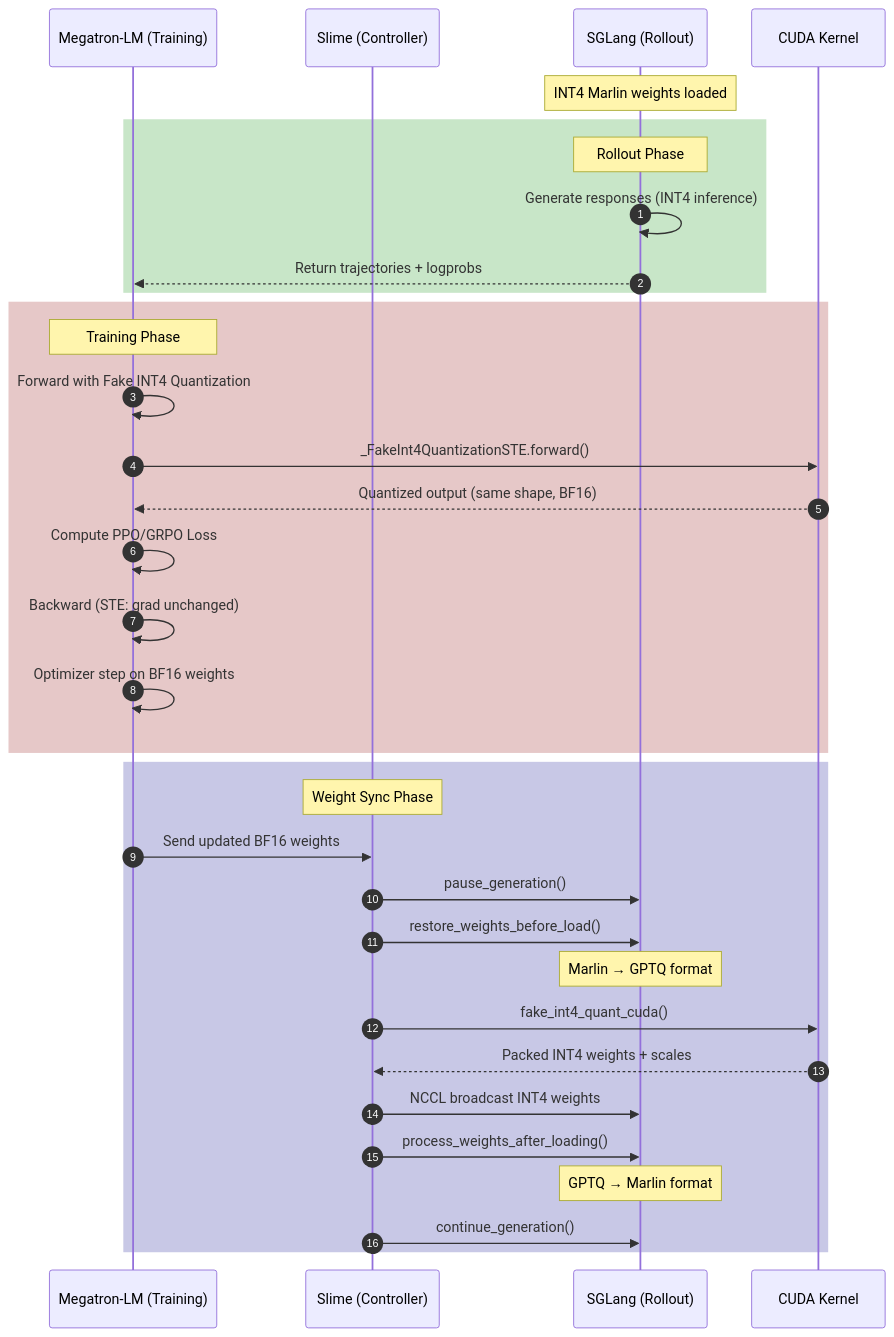
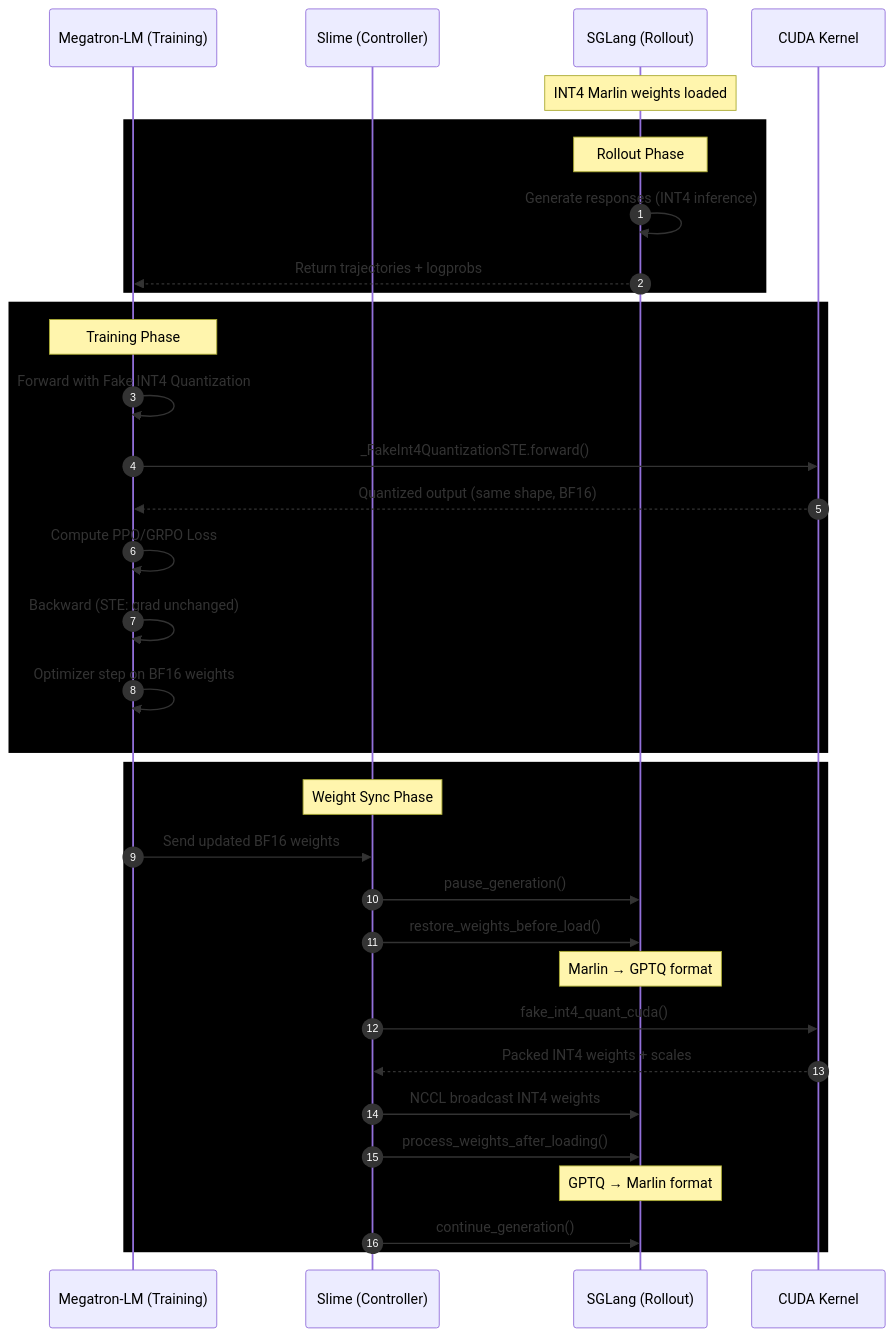
One commit to Felix-Zhenghao/awesome-ml-sys-tutorial changed the first of 2 diagrams in int4-qat.md. Above: the diagram before and after it, drawn with Mermaid.

Commit message:
Change rectangle colors to black in int4-qat.md

````diff
--- a/int4-qat.md
+++ b/int4-qat.md
@@ -110,40 +110,40 @@
 ```mermaid
 sequenceDiagram
     autonumber
     participant Train as Megatron-LM (Training)
     participant Slime as Slime (Controller)
     participant SGLang as SGLang (Rollout)
     participant CUDA as CUDA Kernel
 
     Note over SGLang: INT4 Marlin weights loaded
 
-    rect rgb(200, 230, 200)
+    rect rgb(0, 0, 0)
         Note over SGLang: Rollout Phase
         SGLang->>SGLang: Generate responses (INT4 inference)
         SGLang-->>Train: Return trajectories + logprobs
     end
 
-    rect rgb(230, 200, 200)
+    rect rgb(0, 0, 0)
         Note over Train: Training Phase
         Train->>Train: Forward with Fake INT4 Quantization
         Train->>CUDA: _FakeInt4QuantizationSTE.forward()
         CUDA-->>Train: Quantized output (same shape, BF16)
         Train->>Train: Compute PPO/GRPO Loss
         Train->>Train: Backward (STE: grad unchanged)
         Train->>Train: Optimizer step on BF16 weights
     end
 
-    rect rgb(200, 200, 230)
+    rect rgb(0, 0, 0)
         Note over Slime: Weight Sync Phase
         Train->>Slime: Send updated BF16 weights
         Slime->>SGLang: pause_generation()
         Slime->>SGLang: restore_weights_before_load()
         Note over SGLang: Marlin → GPTQ format
         Slime->>CUDA: fake_int4_quant_cuda()
         CUDA-->>Slime: Packed INT4 weights + scales
         Slime->>SGLang: NCCL broadcast INT4 weights
         Slime->>SGLang: process_weights_after_loading()
         Note over SGLang: GPTQ → Marlin format
         Slime->>SGLang: continue_generation()
     end
 ```
````
